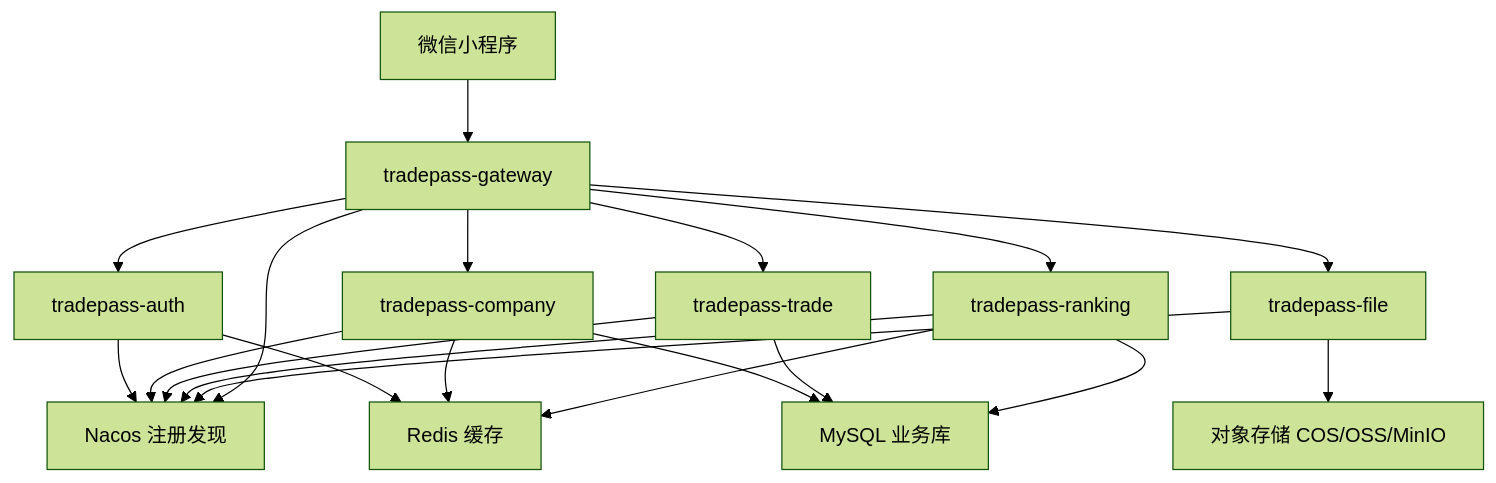
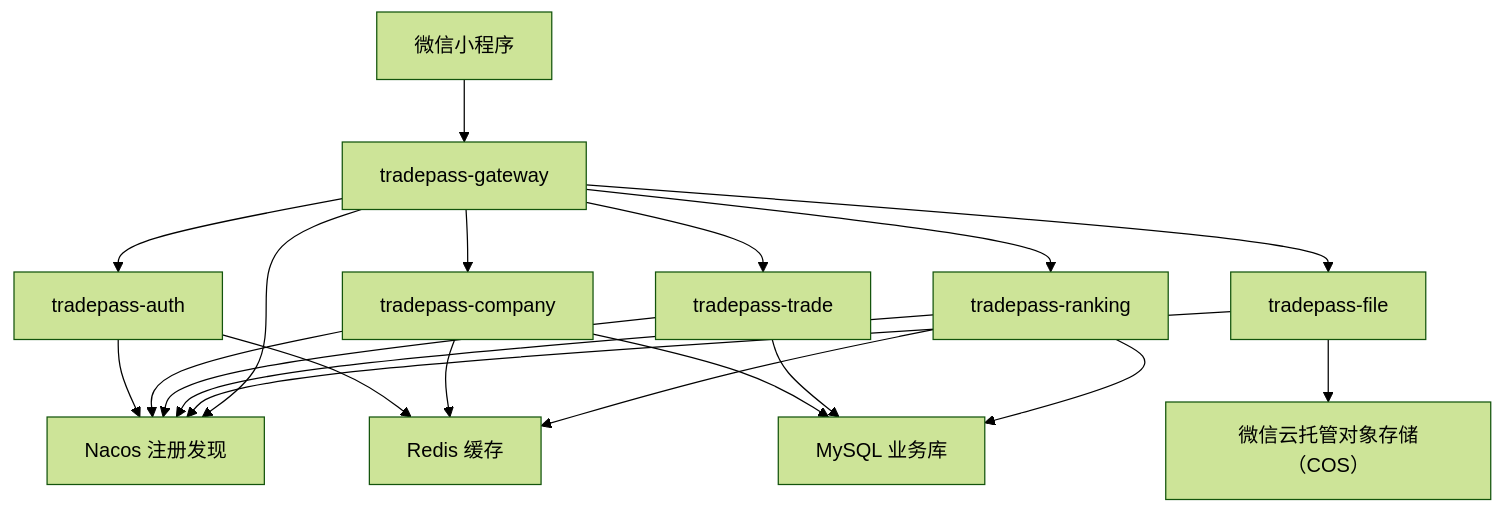
The first of 7 diagrams in docs/microservice-architecture.md (wuyinglong0813/TradePass), drawn with Mermaid (forest theme) before and after one commit. The commit also changed 38 other files, not shown here.

````diff
--- a/docs/microservice-architecture.md
+++ b/docs/microservice-architecture.md
@@ -21,27 +21,27 @@
 ```mermaid
 flowchart TD
   miniProgram["微信小程序"] --> gateway["tradepass-gateway"]
 
   gateway --> auth["tradepass-auth"]
   gateway --> company["tradepass-company"]
   gateway --> trade["tradepass-trade"]
   gateway --> ranking["tradepass-ranking"]
   gateway --> file["tradepass-file"]
 
   auth --> nacos["Nacos 注册发现"]
   company --> nacos
   trade --> nacos
   ranking --> nacos
   file --> nacos
   gateway --> nacos
 
   company --> mysql["MySQL 业务库"]
   trade --> mysql
   ranking --> mysql
 
   auth --> redis["Redis 缓存"]
   company --> redis
   ranking --> redis
 
-  file --> objectStorage["对象存储 COS/OSS/MinIO"]
+  file --> objectStorage["微信云托管对象存储（COS）"]
 ```
````
